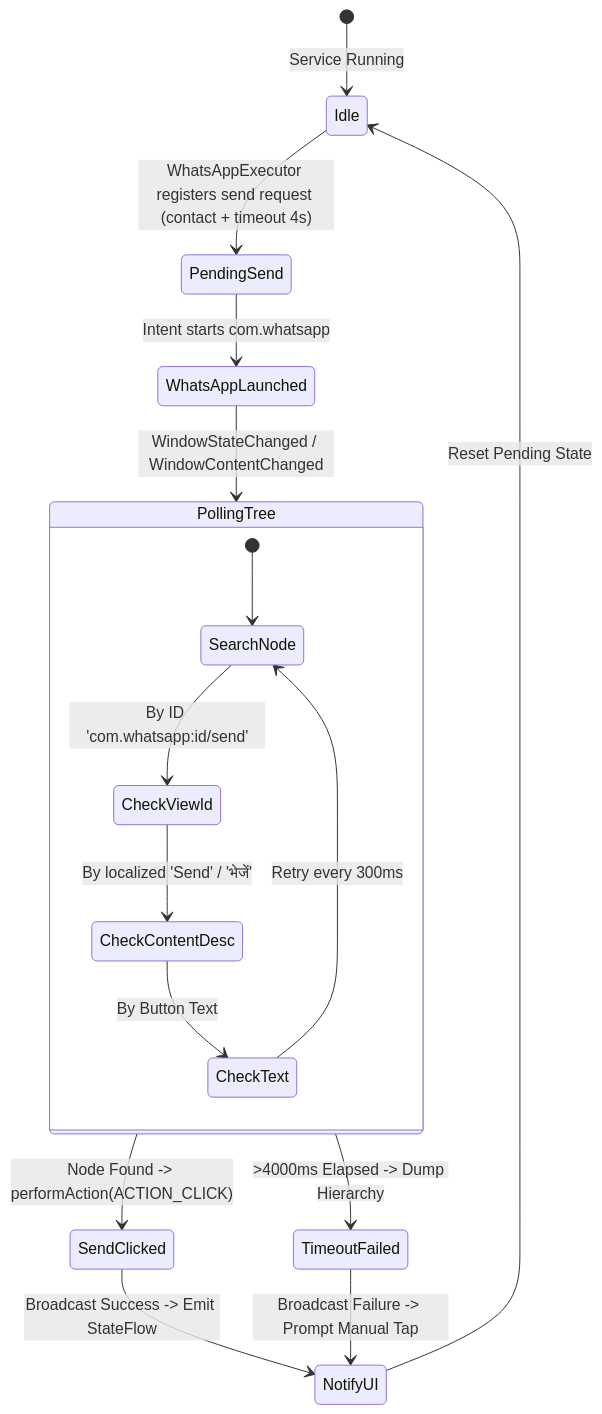
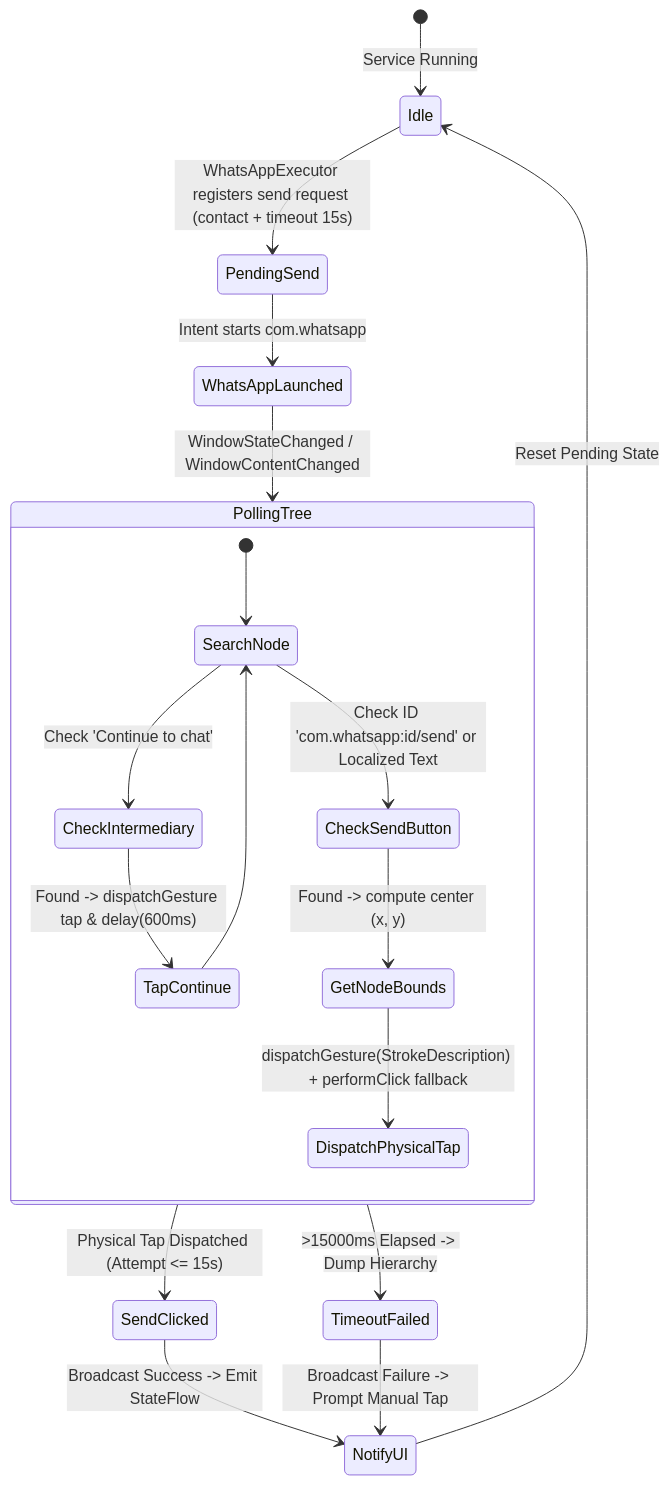
The second of 3 diagrams in README.md (gintama1018/ANDROID-CLI-APPLICATION), drawn with Mermaid before and after one commit. The commit also changed other lines of this file and 12 other files, not shown here.

Commit message:
fix(automation): implement coordinate-based dispatchGesture tap & intermediate screen handling; feat(voice): add offline push-to-talk; sec: mask rawInput in DB & disable auto backup

````diff
--- a/README.md
+++ b/README.md
@@ -102,23 +108,26 @@
 ```mermaid
 stateDiagram-v2
     [*] --> Idle: Service Running
-    Idle --> PendingSend: WhatsAppExecutor registers send request (contact + timeout 4s)
+    Idle --> PendingSend: WhatsAppExecutor registers send request (contact + timeout 15s)
     PendingSend --> WhatsAppLaunched: Intent starts com.whatsapp
     WhatsAppLaunched --> PollingTree: WindowStateChanged / WindowContentChanged
     
     state PollingTree {
         [*] --> SearchNode
-        SearchNode --> CheckViewId: By ID 'com.whatsapp:id/send'
-        CheckViewId --> CheckContentDesc: By localized 'Send' / 'भेजें'
-        CheckContentDesc --> CheckText: By Button Text
-        CheckText --> SearchNode: Retry every 300ms
+        SearchNode --> CheckIntermediary: Check 'Continue to chat'
+        CheckIntermediary --> TapContinue: Found -> dispatchGesture tap & delay(600ms)
+        TapContinue --> SearchNode
+        
+        SearchNode --> CheckSendButton: Check ID 'com.whatsapp:id/send' or Localized Text
+        CheckSendButton --> GetNodeBounds: Found -> compute center (x, y)
+        GetNodeBounds --> DispatchPhysicalTap: dispatchGesture(StrokeDescription) + performClick fallback
     }
     
-    PollingTree --> SendClicked: Node Found -> performAction(ACTION_CLICK)
-    PollingTree --> TimeoutFailed: >4000ms Elapsed -> Dump Hierarchy
+    PollingTree --> SendClicked: Physical Tap Dispatched (Attempt <= 15s)
+    PollingTree --> TimeoutFailed: >15000ms Elapsed -> Dump Hierarchy
     
     SendClicked --> NotifyUI: Broadcast Success -> Emit StateFlow
     TimeoutFailed --> NotifyUI: Broadcast Failure -> Prompt Manual Tap
     
     NotifyUI --> Idle: Reset Pending State
 ```
````
